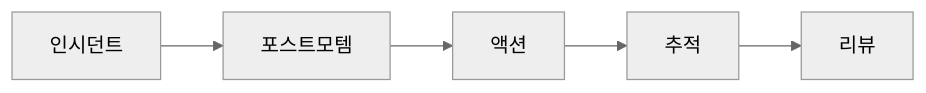
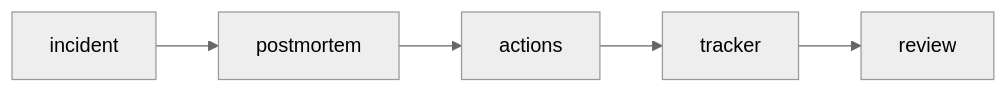
One commit to yeongseon-books/book-content changed the diagram in content/sre-101/ko/07-postmortem.md. Above: the diagram before and after it, drawn with Mermaid (neutral theme). The commit also changed other lines of this file and 9 other files, not shown here.

````diff
--- a/content/sre-101/ko/07-postmortem.md
+++ b/content/sre-101/ko/07-postmortem.md
@@ -47,7 +53,7 @@
 ```mermaid
 flowchart LR
-    Incident["인시던트"] --> Doc["포스트모템"]
-    Doc --> Actions["액션"]
-    Actions --> Tracker["추적"]
-    Tracker --> Review["리뷰"]
+    Incident["incident"] --> Doc["postmortem"]
+    Doc --> Actions["actions"]
+    Actions --> Tracker["tracker"]
+    Tracker --> Review["review"]
 ```
````
